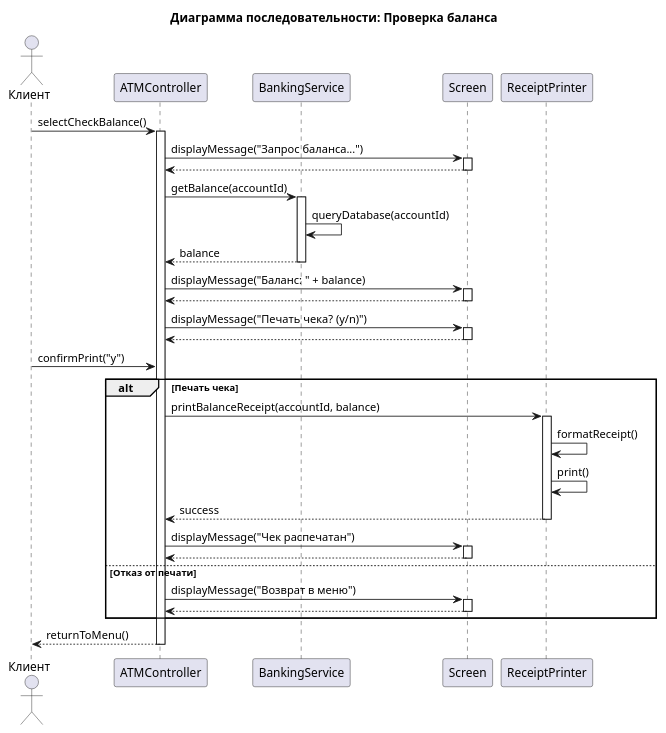
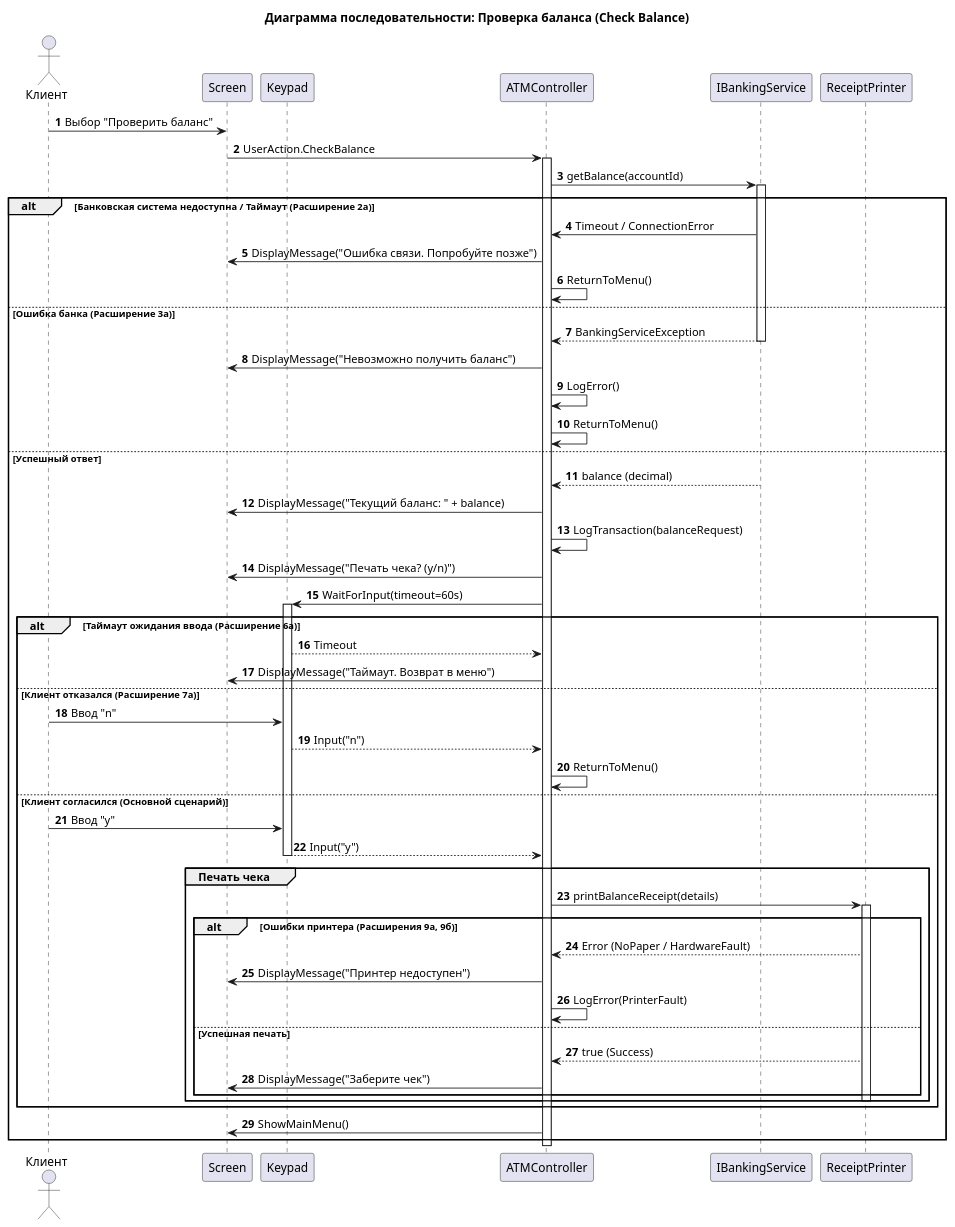
The diagram in Прецеденты/Проверить баланс/sequence_diagram.puml (penamarth/bsbo-16-23_team5_var1_atm), drawn with PlantUML before and after one commit. The commit also changed 1 other file, not shown here.

Commit message:
Add sequence diagram check balance

```diff
--- a/Прецеденты/Проверить баланс/sequence_diagram.puml
+++ b/Прецеденты/Проверить баланс/sequence_diagram.puml
@@ -1,61 +1,81 @@
 @startuml
-title Диаграмма последовательности: Проверка баланса
+title Диаграмма последовательности: Проверка баланса (Check Balance)
+autonumber
 
-actor "Клиент" as Client
-participant "ATMController" as Controller
-participant "BankingService" as Banking
-participant "Screen" as Screen
-participant "ReceiptPrinter" as Printer
+actor "Клиент" as Customer
+participant Screen
+participant Keypad
+participant ATMController
+participant IBankingService
+participant ReceiptPrinter
 
-Client -> Controller: selectCheckBalance()
-activate Controller
+' --- Предусловие: Клиент аутентифицирован ---
 
-Controller -> Screen: displayMessage("Запрос баланса...")
-activate Screen
-Screen --> Controller: 
-deactivate Screen
+Customer -> Screen : Выбор "Проверить баланс"
+Screen -> ATMController : UserAction.CheckBalance
 
-Controller -> Banking: getBalance(accountId)
-activate Banking
+' --- Основной поток: Запрос баланса ---
+activate ATMController
 
-Banking -> Banking: queryDatabase(accountId)
-Banking --> Controller: balance
-deactivate Banking
+    ATMController -> IBankingService : getBalance(accountId)
+    activate IBankingService
+    
+    alt Банковская система недоступна / Таймаут (Расширение 2а)
+        IBankingService -> ATMController : Timeout / ConnectionError
+        ATMController -> Screen : DisplayMessage("Ошибка связи. Попробуйте позже")
+        ATMController -> ATMController : ReturnToMenu()
+    else Ошибка банка (Расширение 3а)
+        IBankingService --> ATMController : BankingServiceException
+        deactivate IBankingService
+        ATMController -> Screen : DisplayMessage("Невозможно получить баланс")
+        ATMController -> ATMController : LogError()
+        ATMController -> ATMController : ReturnToMenu()
+    else Успешный ответ
+        IBankingService --> ATMController : balance (decimal)
+        deactivate IBankingService
+        
+        ' --- Отображение баланса ---
+        ATMController -> Screen : DisplayMessage("Текущий баланс: " + balance)
+        ATMController -> ATMController : LogTransaction(balanceRequest)
+        
+        ' --- Предложение печати чека ---
+        ATMController -> Screen : DisplayMessage("Печать чека? (y/n)")
+        
+        ' Ожидание ввода с таймаутом (Расширение 6а)
+        ATMController -> Keypad : WaitForInput(timeout=60s)
+        activate Keypad
+        
+        alt Таймаут ожидания ввода (Расширение 6а)
+            Keypad --> ATMController : Timeout
+            ATMController -> Screen : DisplayMessage("Таймаут. Возврат в меню")
+        else Клиент отказался (Расширение 7а)
+            Customer -> Keypad : Ввод "n"
+            Keypad --> ATMController : Input("n")
+            ATMController -> ATMController : ReturnToMenu()
+        else Клиент согласился (Основной сценарий)
+            Customer -> Keypad : Ввод "y"
+            Keypad --> ATMController : Input("y")
+            deactivate Keypad
+            
+            ' --- Печать чека ---
+            group Печать чека
+                ATMController -> ReceiptPrinter : printBalanceReceipt(details)
+                activate ReceiptPrinter
+                
+                alt Ошибки принтера (Расширения 9а, 9б)
+                    ReceiptPrinter --> ATMController : Error (NoPaper / HardwareFault)
+                    ATMController -> Screen : DisplayMessage("Принтер недоступен")
+                    ATMController -> ATMController : LogError(PrinterFault)
+                else Успешная печать
+                    ReceiptPrinter --> ATMController : true (Success)
+                    ATMController -> Screen : DisplayMessage("Заберите чек")
+                end
+                deactivate ReceiptPrinter
+            end
+        end
+        
+        ATMController -> Screen : ShowMainMenu()
+    end
 
-Controller -> Screen: displayMessage("Баланс: " + balance)
-activate Screen
-Screen --> Controller:
-deactivate Screen
-
-Controller -> Screen: displayMessage("Печать чека? (y/n)")
-activate Screen
-Screen --> Controller:
-deactivate Screen
-
-Client -> Controller: confirmPrint("y")
-
-alt Печать чека
-    Controller -> Printer: printBalanceReceipt(accountId, balance)
-    activate Printer
-    
-    Printer -> Printer: formatReceipt()
-    Printer -> Printer: print()
-    
-    Printer --> Controller: success
-    deactivate Printer
-    
-    Controller -> Screen: displayMessage("Чек распечатан")
-    activate Screen
-    Screen --> Controller:
-    deactivate Screen
-else Отказ от печати
-    Controller -> Screen: displayMessage("Возврат в меню")
-    activate Screen
-    Screen --> Controller:
-    deactivate Screen
-end
-
-Controller --> Client: returnToMenu()
-deactivate Controller
-
+deactivate ATMController
 @enduml
```
